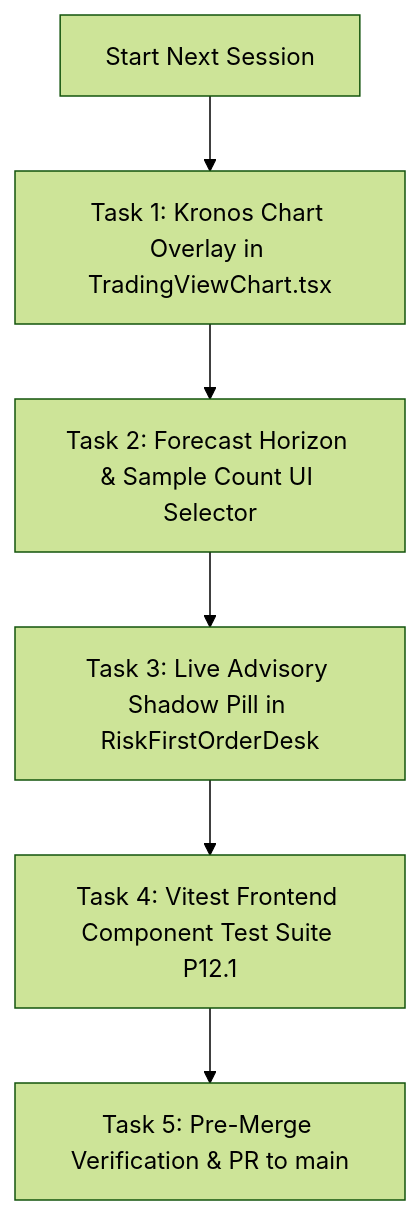
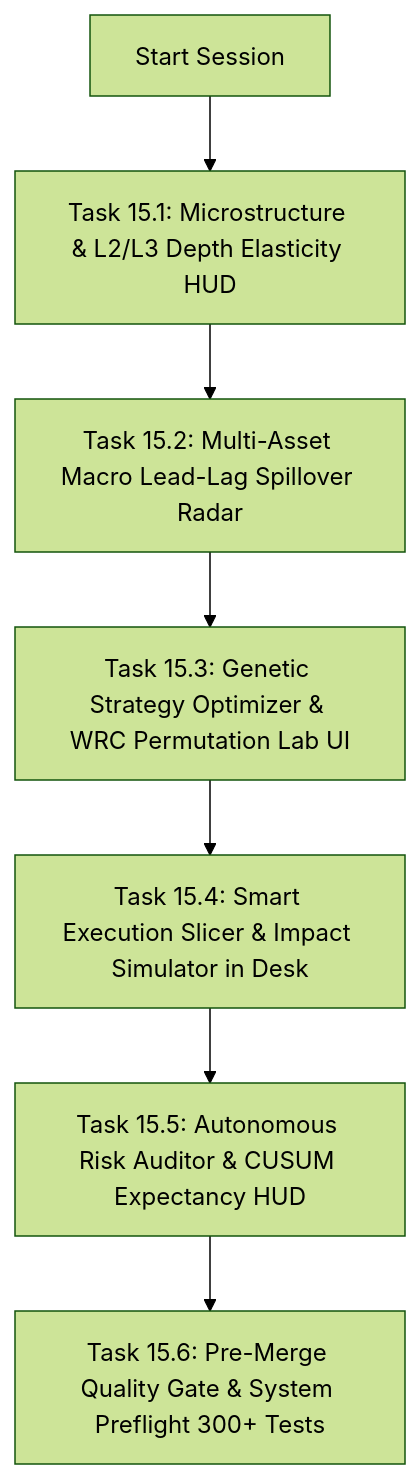
The diagram in Users/azims/CBT/docs/NEXT_SESSION_PLAN.md (cloudshome/CBT), drawn with Mermaid (forest theme) before and after one commit. The commit also changed other lines of this file and 21 other files, not shown here.

Commit message:
feat(frontier): implement Phase 14 institutional frontier engines and 3-tier governance architecture (289 passing tests)

````diff
--- a/Users/azims/CBT/docs/NEXT_SESSION_PLAN.md
+++ b/Users/azims/CBT/docs/NEXT_SESSION_PLAN.md
@@ -25,8 +24,9 @@
 ```mermaid
 graph TD
-    A[Start Next Session] --> B[Task 1: Kronos Chart Overlay in TradingViewChart.tsx]
-    B --> C[Task 2: Forecast Horizon & Sample Count UI Selector]
-    C --> D[Task 3: Live Advisory Shadow Pill in RiskFirstOrderDesk]
-    D --> E[Task 4: Vitest Frontend Component Test Suite P12.1]
-    E --> F[Task 5: Pre-Merge Verification & PR to main]
+    A[Start Session] --> B[Task 15.1: Microstructure & L2/L3 Depth Elasticity HUD]
+    B --> C[Task 15.2: Multi-Asset Macro Lead-Lag Spillover Radar]
+    C --> D[Task 15.3: Genetic Strategy Optimizer & WRC Permutation Lab UI]
+    D --> E[Task 15.4: Smart Execution Slicer & Impact Simulator in Desk]
+    E --> F[Task 15.5: Autonomous Risk Auditor & CUSUM Expectancy HUD]
+    F --> G[Task 15.6: Pre-Merge Quality Gate & System Preflight 300+ Tests]
 ```
````
